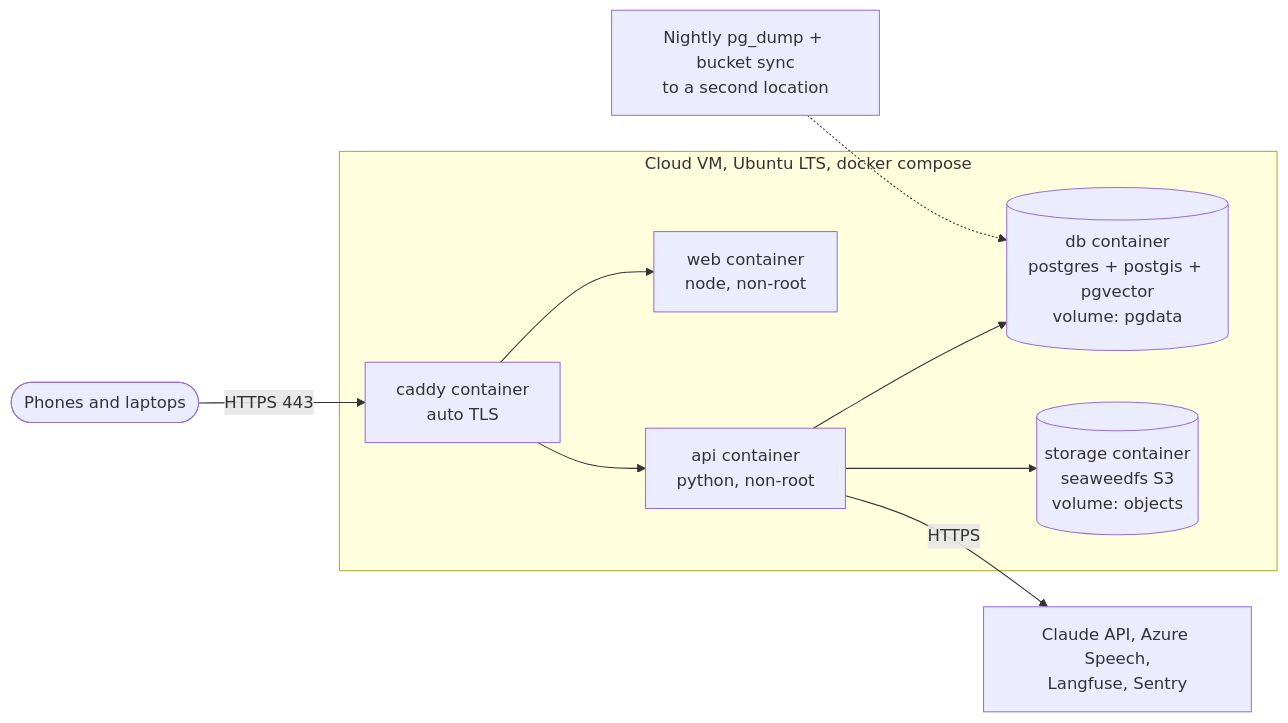
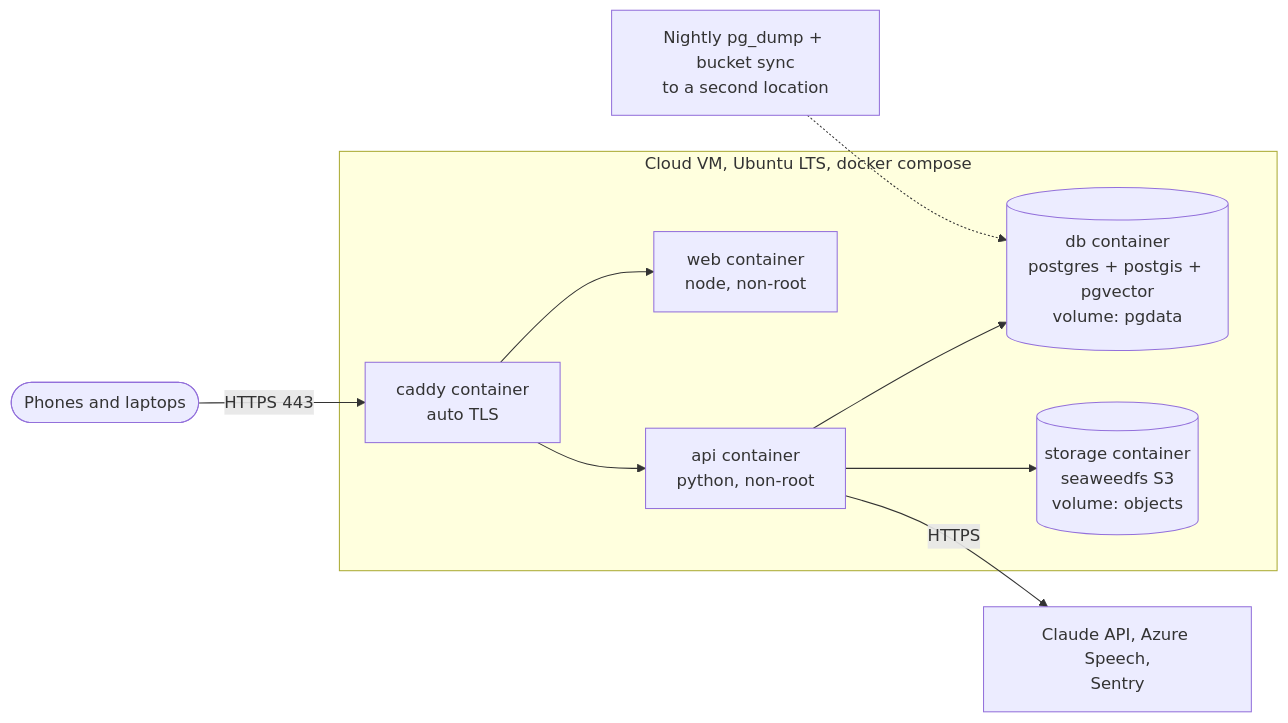
One commit to Muath477/Athar changed the eighth of 8 diagrams in docs/03-architecture.md. Above: the diagram before and after it, drawn with Mermaid. The commit also changed other lines of this file and 11 other files, not shown here.

````diff
--- a/docs/03-architecture.md
+++ b/docs/03-architecture.md
@@ -782,17 +781,17 @@
 ```mermaid
 flowchart LR
   user(["Phones and laptops"]) -- "HTTPS 443" --> caddy
   subgraph host["Cloud VM, Ubuntu LTS, docker compose"]
     caddy["caddy container<br/>auto TLS"]
     web["web container<br/>node, non-root"]
     api["api container<br/>python, non-root"]
     db[("db container<br/>postgres + postgis + pgvector<br/>volume: pgdata")]
     s3[("storage container<br/>seaweedfs S3<br/>volume: objects")]
     caddy --> web
     caddy --> api
     api --> db
     api --> s3
   end
-  api -- "HTTPS" --> ext["Claude API, Azure Speech,<br/>Langfuse, Sentry"]
+  api -- "HTTPS" --> ext["Claude API, Azure Speech,<br/>Sentry"]
   backup["Nightly pg_dump + bucket sync<br/>to a second location"] -.-> db
 ```
````
